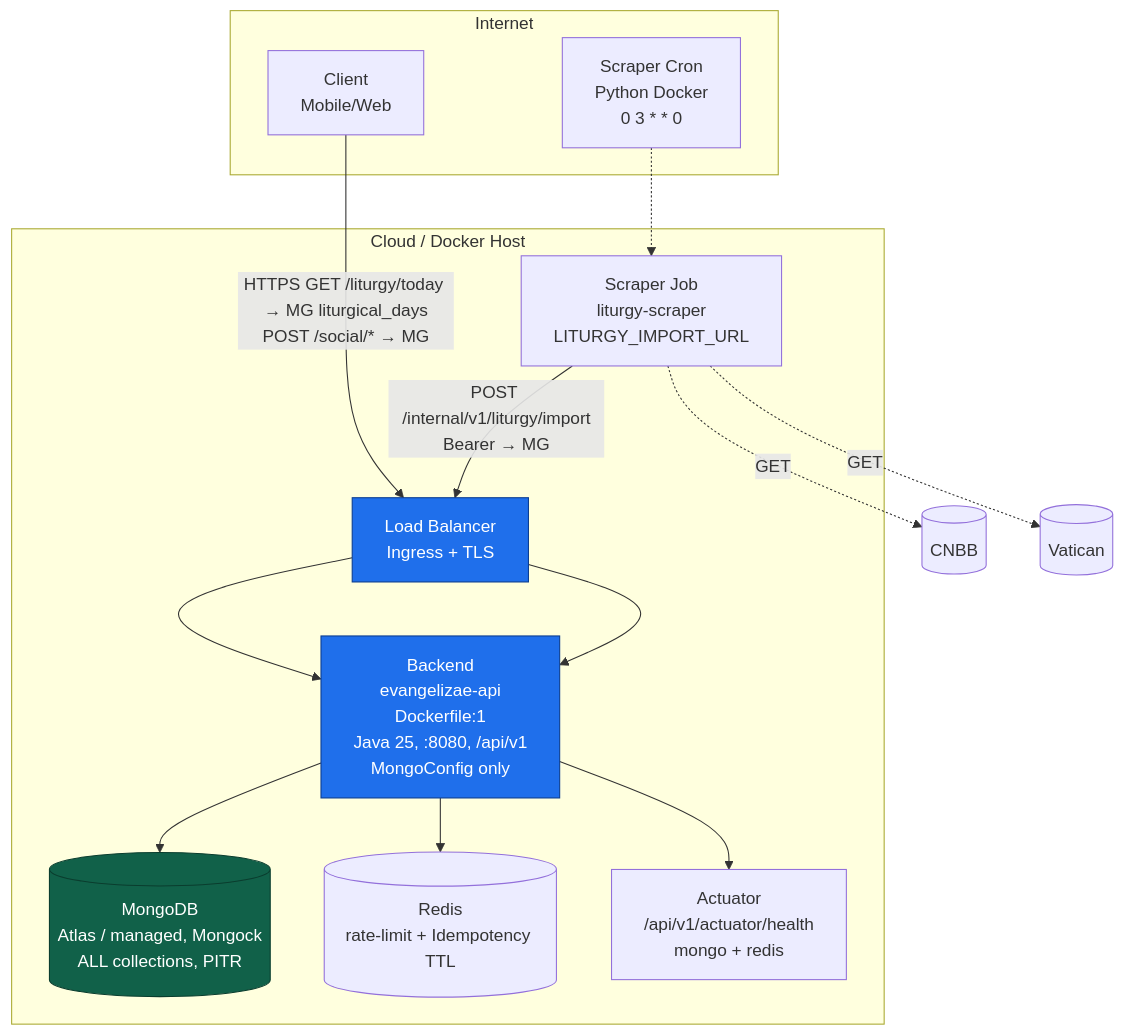
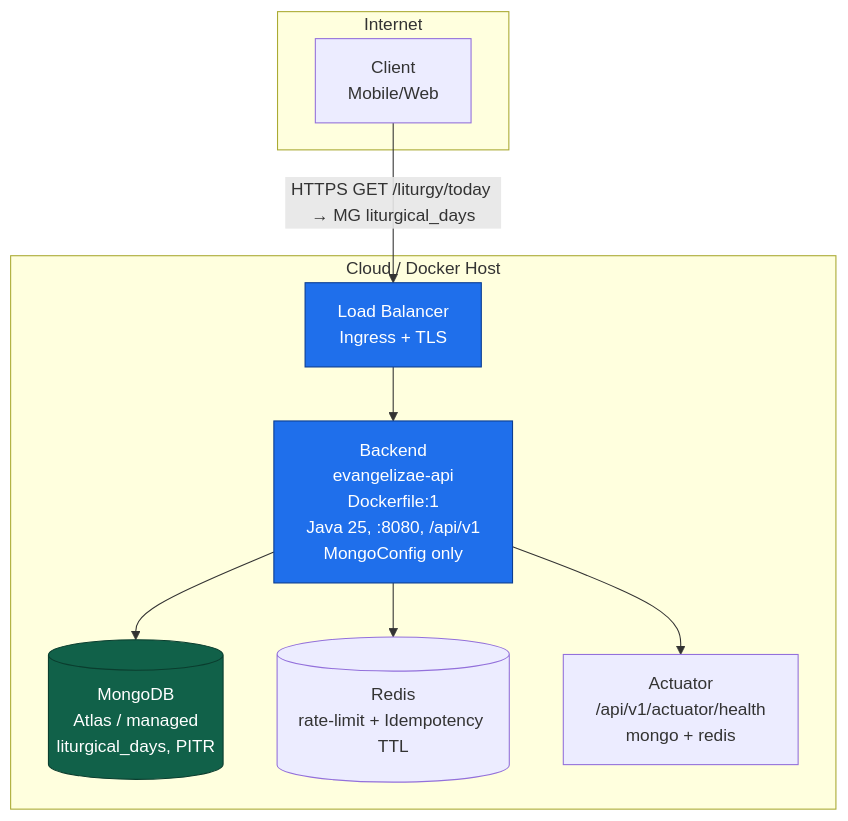
One commit to OtavioXimarelli/EvangelizaeBackend changed the diagram in diagrams/08-deployment.mmd. Above: the diagram before and after it, drawn with Mermaid. The commit also changed 69 other files, not shown here.

First line of the commit message:
refactor: remove scraper dependency, keep only the import endpoint (#35)

```diff
--- a/diagrams/08-deployment.mmd
+++ b/diagrams/08-deployment.mmd
@@ -1,29 +1,24 @@
 %% 08 — Deployment (MongoDB only)
 graph TB
   subgraph Internet
     U[Client<br/>Mobile/Web]
-    S[Scraper Cron<br/>Python Docker<br/>0 3 * * 0]
   end
 
   subgraph Cloud["Cloud / Docker Host"]
     LB[Load Balancer<br/>Ingress + TLS]
     BE[Backend<br/>evangelizae-api<br/>Dockerfile:1<br/>Java 25, :8080, /api/v1<br/>MongoConfig only]
-    MG[(MongoDB<br/>Atlas / managed, Mongock<br/>ALL collections, PITR)]
+    MG[(MongoDB<br/>Atlas / managed<br/>liturgical_days, PITR)]
     RD[(Redis<br/>rate-limit + Idempotency TTL)]
-    SCR[Scraper Job<br/>liturgy-scraper<br/>LITURGY_IMPORT_URL]
     ACT[Actuator<br/>/api/v1/actuator/health<br/>mongo + redis]
   end
 
-  U -->|HTTPS GET /liturgy/today → MG liturgical_days<br/>POST /social/* → MG| LB --> BE
+  U -->|HTTPS GET /liturgy/today → MG liturgical_days| LB --> BE
   BE --> MG
   BE --> RD
   BE --> ACT
-  S -.-> SCR -->|POST /internal/v1/liturgy/import<br/>Bearer → MG| LB --> BE
-  SCR -.->|GET| CNBB[(CNBB)]
-  SCR -.->|GET| VAT[(Vatican)]
 
   classDef svc fill:#1f6feb,stroke:#0b3d91,color:#fff
   classDef mongo fill:#116149,stroke:#0a3d2e,color:#fff
   class BE,LB svc
   class MG mongo
   class RD fill:#8250df,stroke:#4a2b8a,color:#fff
```
